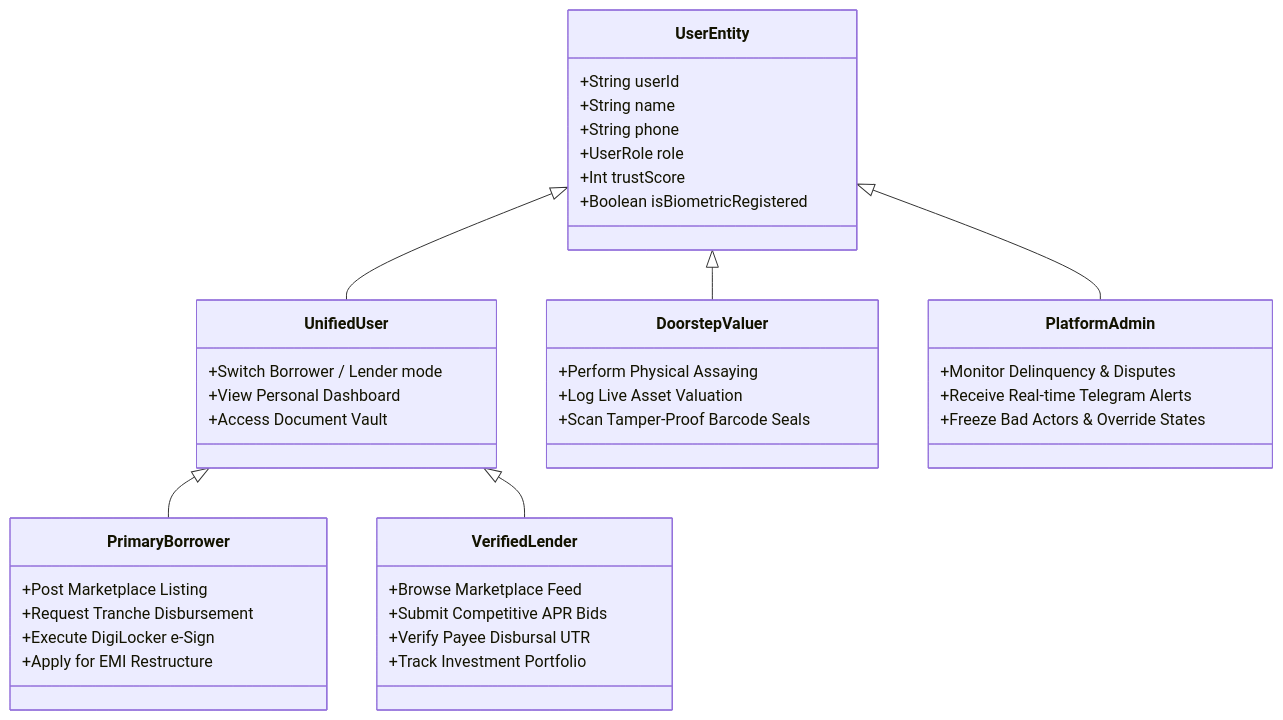
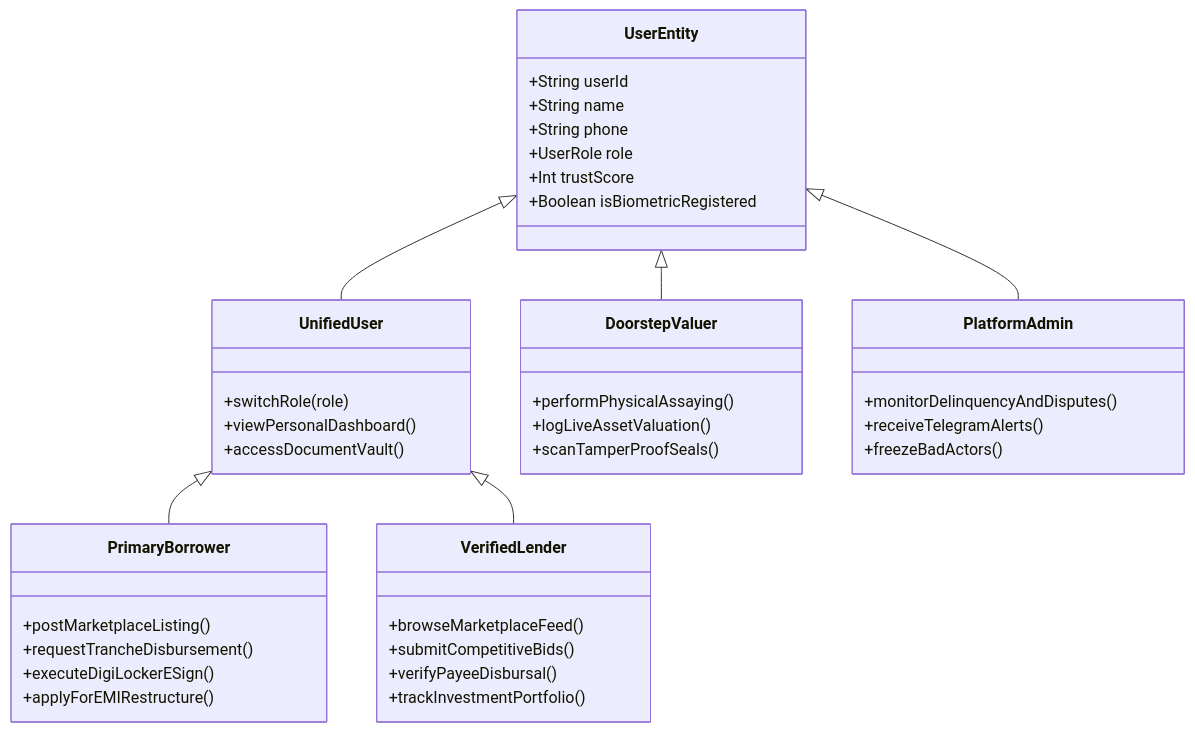
The third of 3 diagrams in README.md (Satya0810/Loanzo), drawn with Mermaid before and after one commit. The commit also changed other lines of this file, not shown here.

Commit message:
fix: correct Mermaid diagram syntax for GitHub markdown rich display

````diff
--- a/README.md
+++ b/README.md
@@ -225,49 +225,49 @@
 ```mermaid
 classDiagram
     class UserEntity {
         +String userId
         +String name
         +String phone
         +UserRole role
         +Int trustScore
         +Boolean isBiometricRegistered
     }
 
     class UnifiedUser {
-        +Switch Borrower / Lender mode
-        +View Personal Dashboard
-        +Access Document Vault
+        +switchRole(role)
+        +viewPersonalDashboard()
+        +accessDocumentVault()
     }
 
     class PrimaryBorrower {
-        +Post Marketplace Listing
-        +Request Tranche Disbursement
-        +Execute DigiLocker e-Sign
-        +Apply for EMI Restructure
+        +postMarketplaceListing()
+        +requestTrancheDisbursement()
+        +executeDigiLockerESign()
+        +applyForEMIRestructure()
     }
 
     class VerifiedLender {
-        +Browse Marketplace Feed
-        +Submit Competitive APR Bids
-        +Verify Payee Disbursal UTR
-        +Track Investment Portfolio
+        +browseMarketplaceFeed()
+        +submitCompetitiveBids()
+        +verifyPayeeDisbursal()
+        +trackInvestmentPortfolio()
     }
 
     class DoorstepValuer {
-        +Perform Physical Assaying
-        +Log Live Asset Valuation
-        +Scan Tamper-Proof Barcode Seals
+        +performPhysicalAssaying()
+        +logLiveAssetValuation()
+        +scanTamperProofSeals()
     }
 
     class PlatformAdmin {
-        +Monitor Delinquency & Disputes
-        +Receive Real-time Telegram Alerts
-        +Freeze Bad Actors & Override States
+        +monitorDelinquencyAndDisputes()
+        +receiveTelegramAlerts()
+        +freezeBadActors()
     }
 
     UserEntity <|-- UnifiedUser
     UnifiedUser <|-- PrimaryBorrower
     UnifiedUser <|-- VerifiedLender
     UserEntity <|-- DoorstepValuer
     UserEntity <|-- PlatformAdmin
 ```
````
